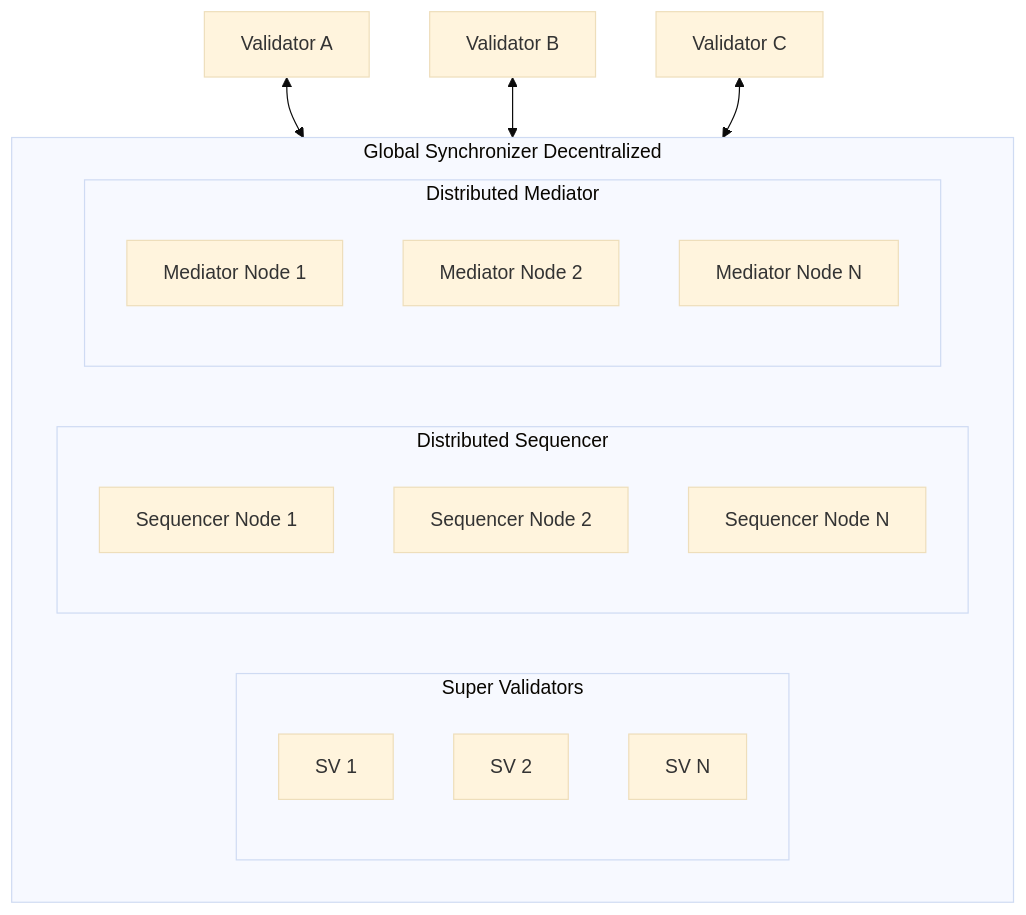
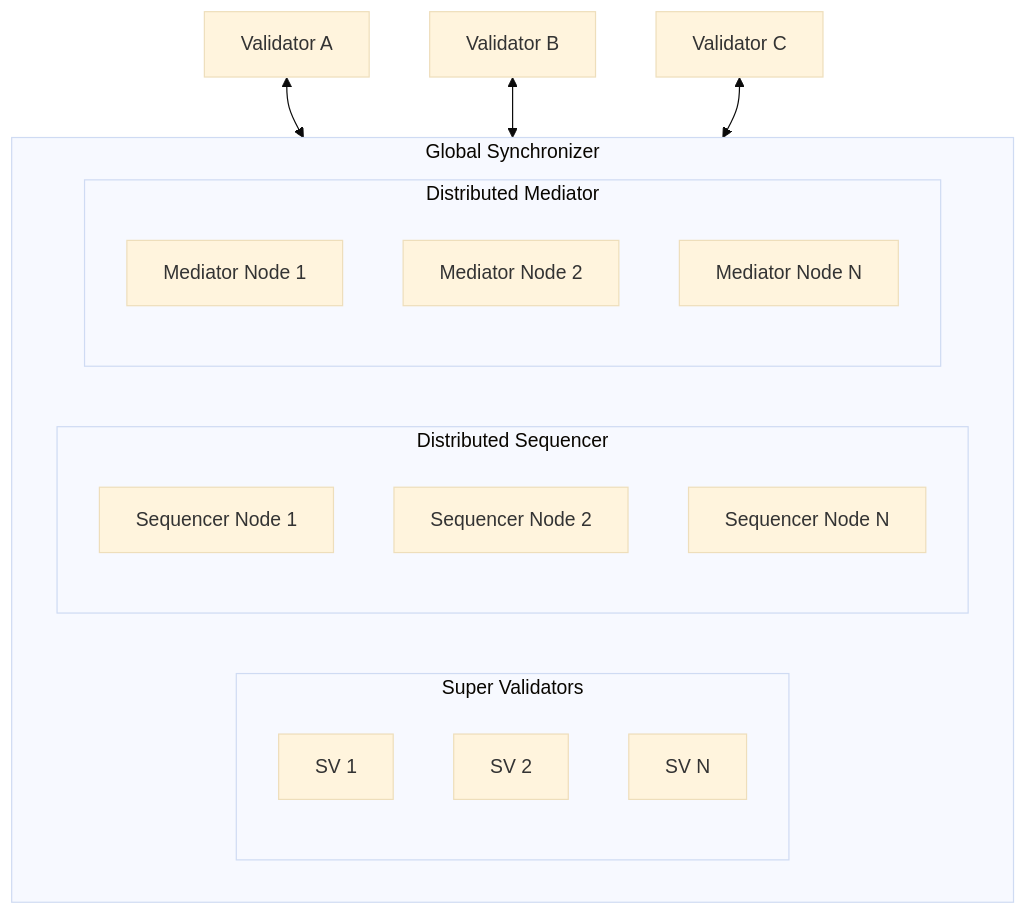
The sixth of 7 diagrams in docs-main/overview/learn/architecture.mdx (canton-network/cf-docs), drawn with Mermaid (base theme) before and after one commit.

Commit message:
Update diagram

````diff
--- a/docs-main/overview/learn/architecture.mdx
+++ b/docs-main/overview/learn/architecture.mdx
@@ -220,28 +220,28 @@
 ```mermaid
 flowchart TB
-    subgraph GSD[Global Synchronizer Decentralized]
+    subgraph GSD[Global Synchronizer]
         subgraph SVs[Super Validators]
             SV1[SV 1]
             SV2[SV 2]
             SV3[SV N]
         end
         subgraph SEQs[Distributed Sequencer]
             SEQ1[Sequencer Node 1]
             SEQ2[Sequencer Node 2]
             SEQ3[Sequencer Node N]
         end
         subgraph MEDs[Distributed Mediator]
             MED1[Mediator Node 1]
             MED2[Mediator Node 2]
             MED3[Mediator Node N]
         end
     end
 
     V1[Validator A]
     V2[Validator B]
     V3[Validator C]
 
     V1 <--> GSD
     V2 <--> GSD
     V3 <--> GSD
 ```
````
